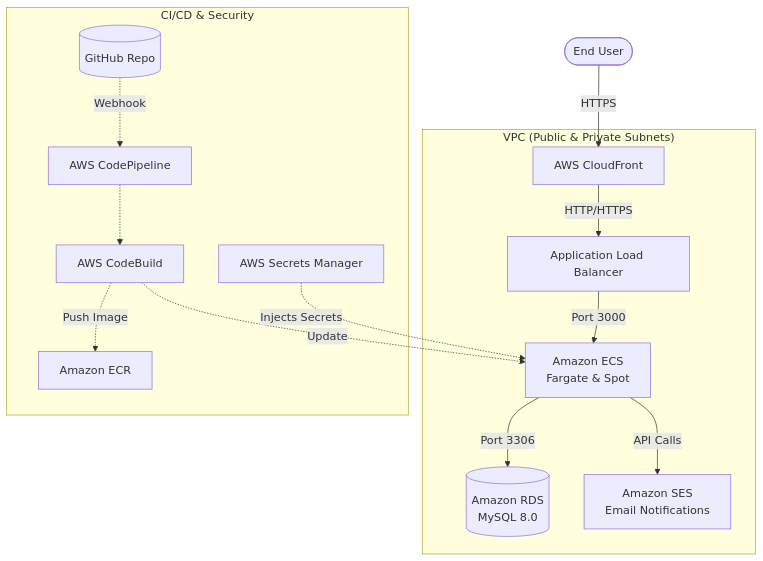
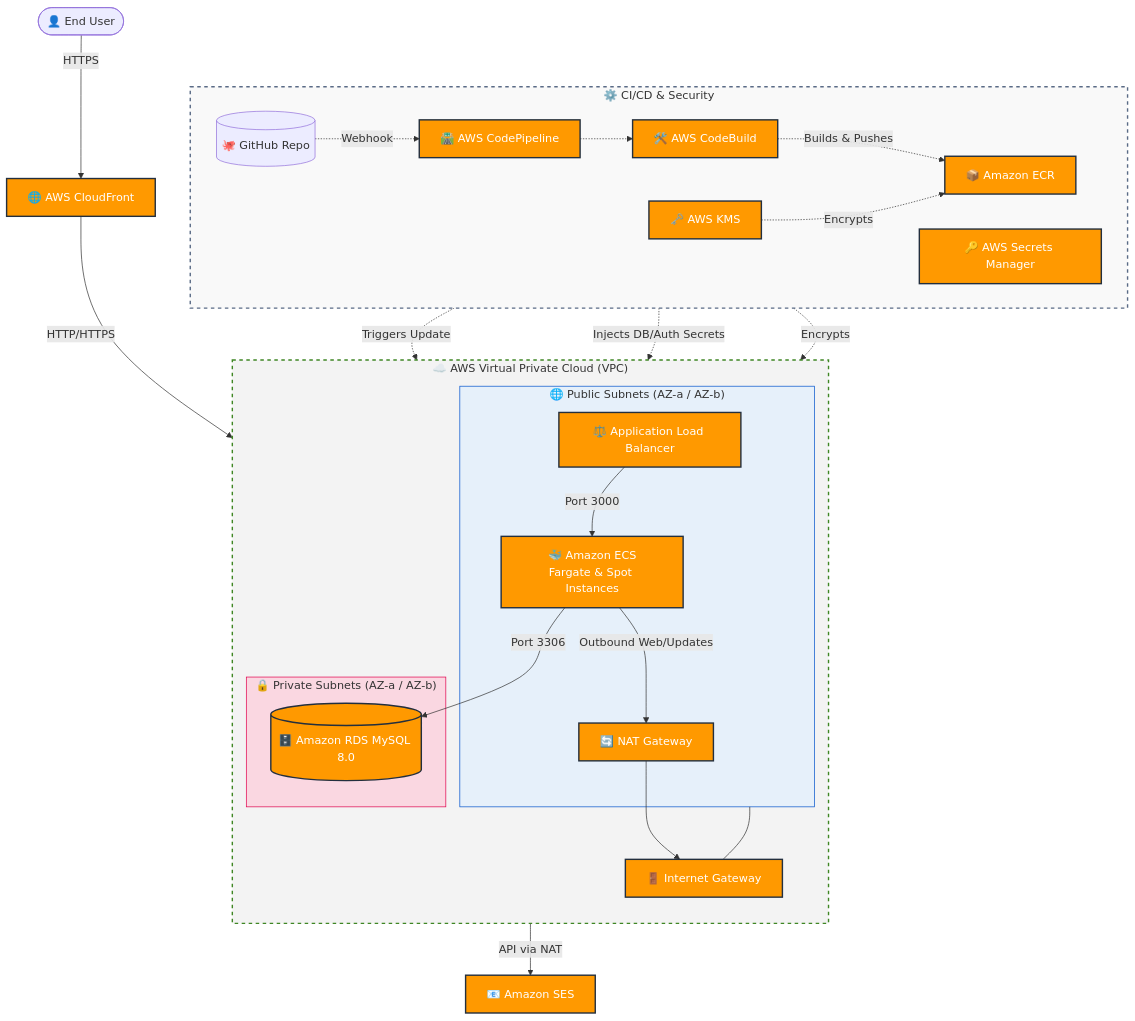
Before and after one commit to arasuaswin/bloodbank-system: the diagram in README.md, drawn with Mermaid.

Commit message:
docs: expand Mermaid AWS architecture diagram

````diff
--- a/README.md
+++ b/README.md
@@ -75,21 +75,60 @@
 ```mermaid
 graph TD
-    User([End User]) --> |HTTPS| CF[AWS CloudFront]
+    %% Define Styles
+    classDef aws fill:#FF9900,stroke:#232F3E,stroke-width:2px,color:white;
+    classDef vpc fill:#F3F3F3,stroke:#3F8624,stroke-width:2px,stroke-dasharray: 5 5;
+    classDef public fill:#E6F0FA,stroke:#0052CC,stroke-width:1px;
+    classDef private fill:#FAD7E1,stroke:#E0004D,stroke-width:1px;
+    classDef cicd fill:#F9F9F9,stroke:#5A6B86,stroke-width:2px,stroke-dasharray: 5 5;
+
+    User([👤 End User]) -->|HTTPS| CF[🌐 AWS CloudFront]
     
-    subgraph "VPC (Public & Private Subnets)"
-        CF --> |HTTP/HTTPS| ALB[Application Load Balancer]
-        ALB --> |Port 3000| ECS[Amazon ECS<br>Fargate & Spot]
+    %% Main VPC Architecture
+    subgraph VPC ["☁️ AWS Virtual Private Cloud (VPC)"]
+        direction TB
+        IGW[🚪 Internet Gateway]
         
-        ECS --> |Port 3306| RDS[(Amazon RDS<br>MySQL 8.0)]
-        ECS --> |API Calls| SES[Amazon SES<br>Email Notifications]
+        %% Public Tier
+        subgraph PublicSubnets ["🌐 Public Subnets (AZ-a / AZ-b)"]
+            ALB[⚖️ Application Load Balancer]
+            NAT[🔄 NAT Gateway]
+            ECS[🐳 Amazon ECS<br>Fargate & Spot Instances]
+        end
+        
+        %% Private Tier
+        subgraph PrivateSubnets ["🔒 Private Subnets (AZ-a / AZ-b)"]
+            RDS[(🗄️ Amazon RDS MySQL 8.0)]
+        end
+        
+        %% Network flow
+        IGW --- PublicSubnets
+        ALB -->|Port 3000| ECS
+        ECS -->|Outbound Web/Updates| NAT
+        NAT --> IGW
+        ECS -->|Port 3306| RDS
+    end
+
+    %% External Connections from VPC
+    CF -->|HTTP/HTTPS| ALB
+    ECS -->|API via NAT| SES[📧 Amazon SES]
+    
+    %% CI/CD Setup
+    subgraph CICD ["⚙️ CI/CD & Security"]
+        direction LR
+        GH[(🐙 GitHub Repo)] -.->|Webhook| CP[🛣️ AWS CodePipeline]
+        CP -.-> CB[🛠️ AWS CodeBuild]
+        CB -.->|Builds & Pushes| ECR[📦 Amazon ECR]
+        CB -.->|Triggers Update| ECS
+        
+        SM[🔑 AWS Secrets Manager] -.->|Injects DB/Auth Secrets| ECS
+        KMS[🗝️ AWS KMS] -.->|Encrypts| RDS
+        KMS -.->|Encrypts| ECR
     end
     
-    subgraph "CI/CD & Security"
-        GitHub[(GitHub Repo)] -.-> |Webhook| CP[AWS CodePipeline]
-        CP -.-> CB[AWS CodeBuild]
-        CB -.-> |Push Image| ECR[Amazon ECR]
-        CB -.-> |Update| ECS
-        
-        SM[AWS Secrets Manager] -.-> |Injects Secrets| ECS
-    end
+    %% Apply Styles
+    class CF,ALB,ECS,RDS,NAT,IGW,SES,CP,CB,ECR,SM,KMS aws;
+    class VPC vpc;
+    class PublicSubnets public;
+    class PrivateSubnets private;
+    class CICD cicd;
 ```
````
